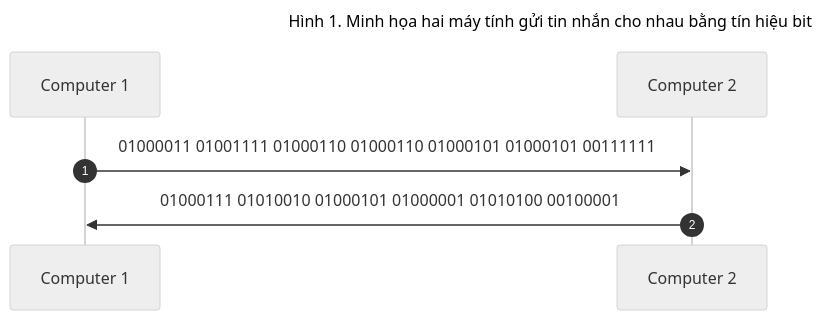
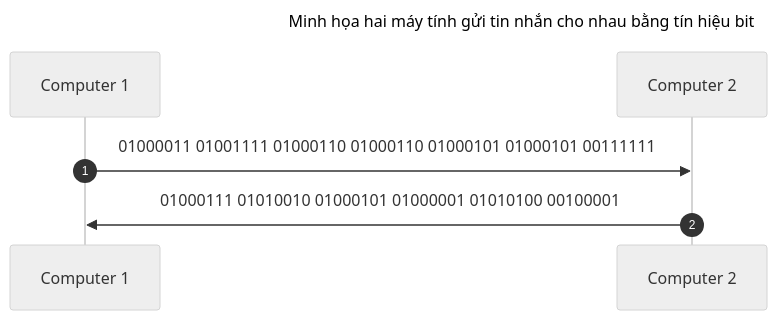
The second of 2 diagrams in docs/grade-10/topic-A2/data-representation-in-cs.md (vtchitruong/vtchitruong.github.io), drawn with Mermaid (neutral theme) before and after one commit. The commit also changed other lines of this file and 5 other files, not shown here.

````diff
--- a/docs/grade-10/topic-A2/data-representation-in-cs.md
+++ b/docs/grade-10/topic-A2/data-representation-in-cs.md
@@ -66,9 +84,9 @@
 ``` mermaid
 ---
-title: Hình 1. Minh họa hai máy tính gửi tin nhắn cho nhau bằng tín hiệu bit
+title: Minh họa hai máy tính gửi tin nhắn cho nhau bằng tín hiệu bit
 ---
 sequenceDiagram
     autonumber
     Computer 1->>Computer 2: 01000011 01001111 01000110 01000110 01000101 01000101 00111111
     Computer 2->>Computer 1: 01000111 01010010 01000101 01000001 01010100 00100001
 ```
````
